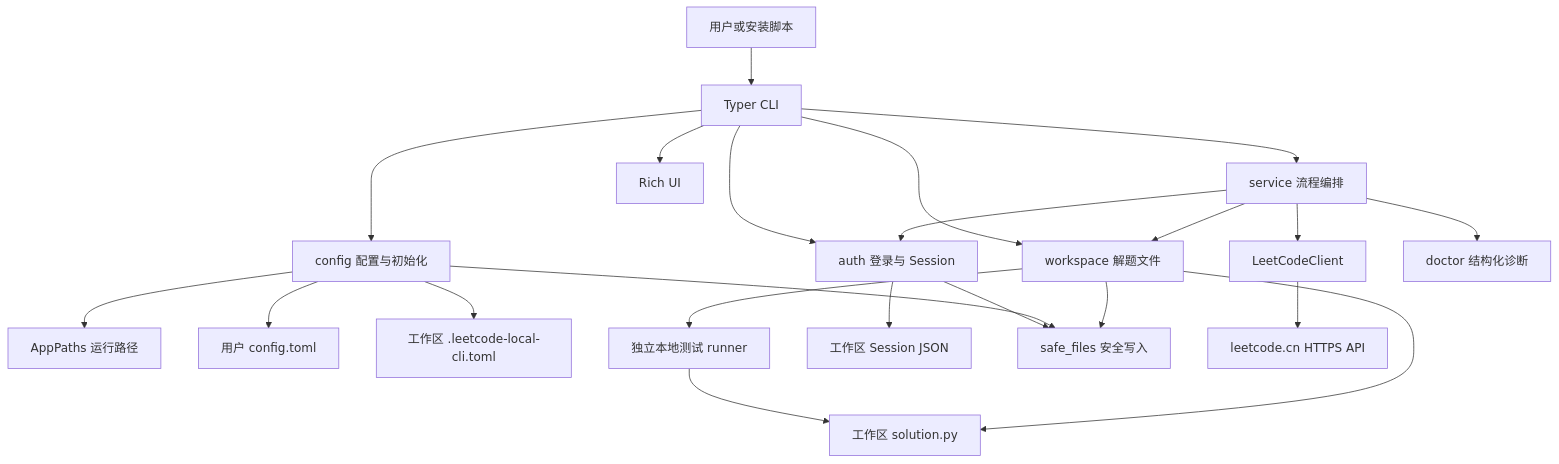
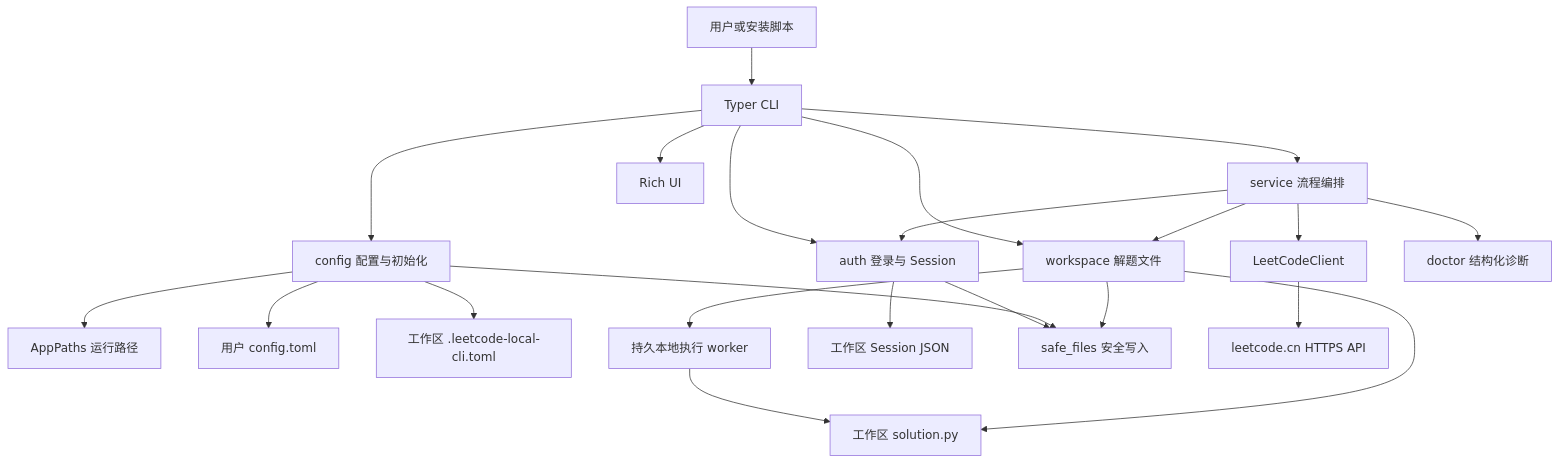
The diagram in docs/ARCHITECTURE.md (Aetherialter/leetcode-cn-local-cli), drawn with Mermaid before and after one commit. The commit also changed other lines of this file and 15 other files, not shown here.

````diff
--- a/docs/ARCHITECTURE.md
+++ b/docs/ARCHITECTURE.md
@@ -11,24 +11,24 @@
 ```mermaid
 flowchart TD
     USER["用户或安装脚本"] --> CLI["Typer CLI"]
     CLI --> CONFIG["config 配置与初始化"]
     CONFIG --> PATHS["AppPaths 运行路径"]
     CONFIG --> USERCFG["用户 config.toml"]
     CONFIG --> WORKCFG["工作区 .leetcode-local-cli.toml"]
     CLI --> SERVICE["service 流程编排"]
     CLI --> AUTH["auth 登录与 Session"]
     CLI --> WORKSPACE["workspace 解题文件"]
     SERVICE --> AUTH
     SERVICE --> CLIENT["LeetCodeClient"]
     SERVICE --> DOCTOR["doctor 结构化诊断"]
     SERVICE --> WORKSPACE
-    WORKSPACE --> TESTRUNNER["独立本地测试 runner"]
+    WORKSPACE --> TESTRUNNER["持久本地执行 worker"]
     TESTRUNNER --> SOLUTION
     AUTH --> SESSION["工作区 Session JSON"]
     WORKSPACE --> SOLUTION["工作区 solution.py"]
     AUTH --> SAFEFILES["safe_files 安全写入"]
     CONFIG --> SAFEFILES
     WORKSPACE --> SAFEFILES
     CLIENT --> CN["leetcode.cn HTTPS API"]
     CLI --> UI["Rich UI"]
 ```
````
